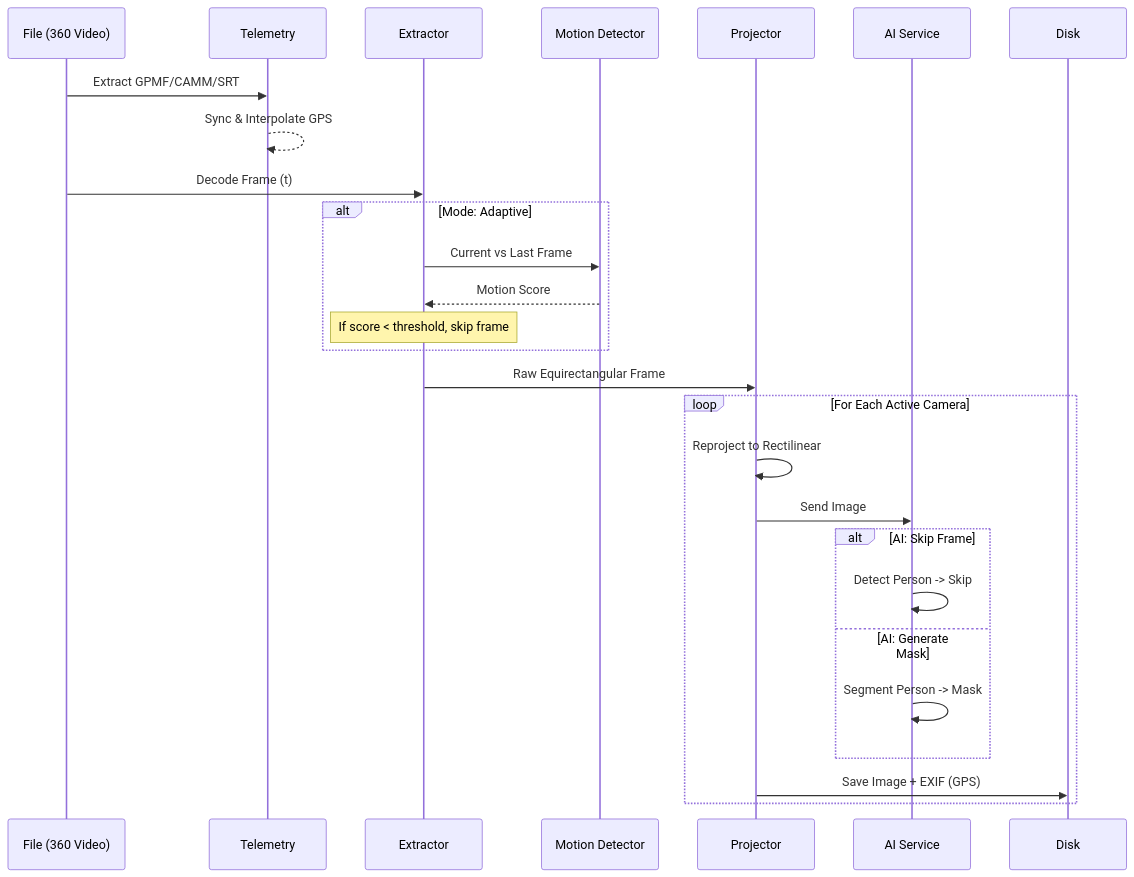
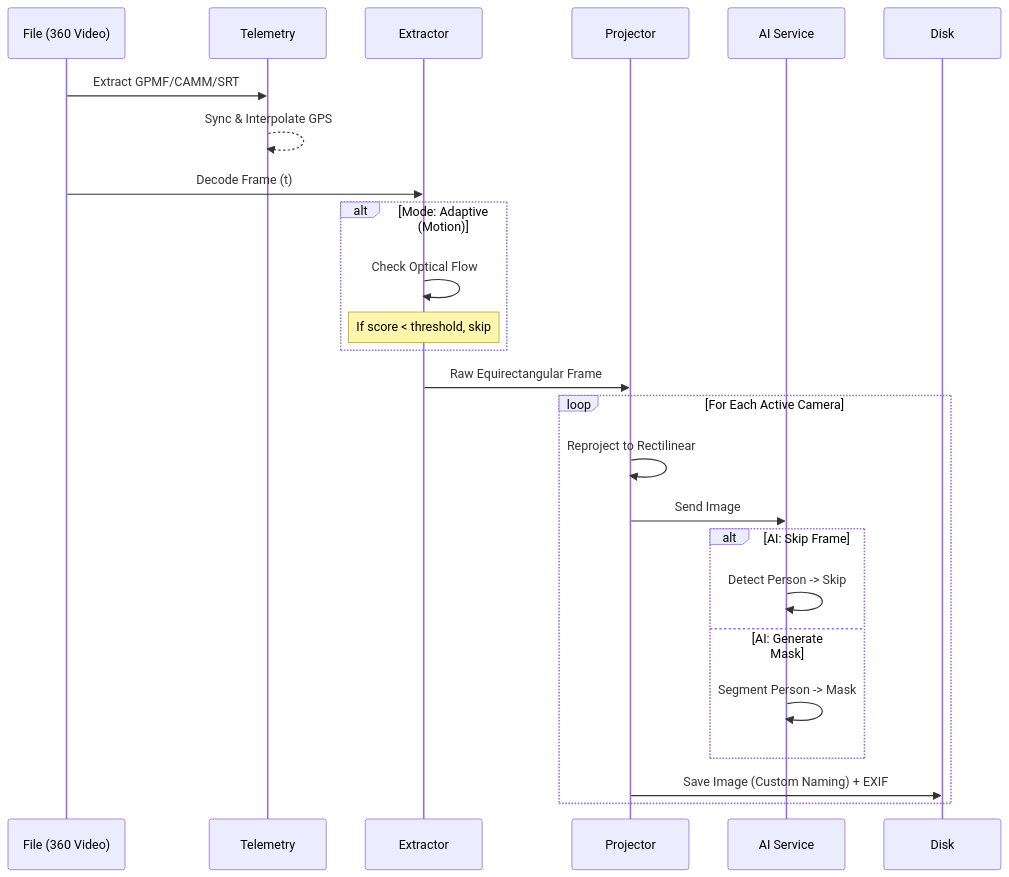
One commit to nicolasdiolez/360Extractor changed the second of 2 diagrams in ARCHITECTURE.md. Above: the diagram before and after it, drawn with Mermaid. The commit also changed other lines of this file and 3 other files, not shown here.

Commit message:
docs: release version 2.1 (architecture, readme, new ui)

````diff
--- a/ARCHITECTURE.md
+++ b/ARCHITECTURE.md
@@ -85,30 +86,28 @@
 ```mermaid
 sequenceDiagram
     participant F as File (360 Video)
     participant T as Telemetry
     participant E as Extractor
-    participant M as Motion Detector
     participant P as Projector
     participant A as AI Service
     participant D as Disk
 
     F->>T: Extract GPMF/CAMM/SRT
     T-->>T: Sync & Interpolate GPS
     F->>E: Decode Frame (t)
-    alt Mode: Adaptive
-        E->>M: Current vs Last Frame
-        M-->>E: Motion Score
-        note over E: If score < threshold, skip frame
+    alt Mode: Adaptive (Motion)
+        E->>E: Check Optical Flow
+        note over E: If score < threshold, skip
     end
     E->>P: Raw Equirectangular Frame
     loop For Each Active Camera
         P->>P: Reproject to Rectilinear
         P->>A: Send Image
         alt AI: Skip Frame
             A->>A: Detect Person -> Skip
         else AI: Generate Mask
             A->>A: Segment Person -> Mask
         end
-        P->>D: Save Image + EXIF (GPS)
+        P->>D: Save Image (Custom Naming) + EXIF
     end
 ```
````
